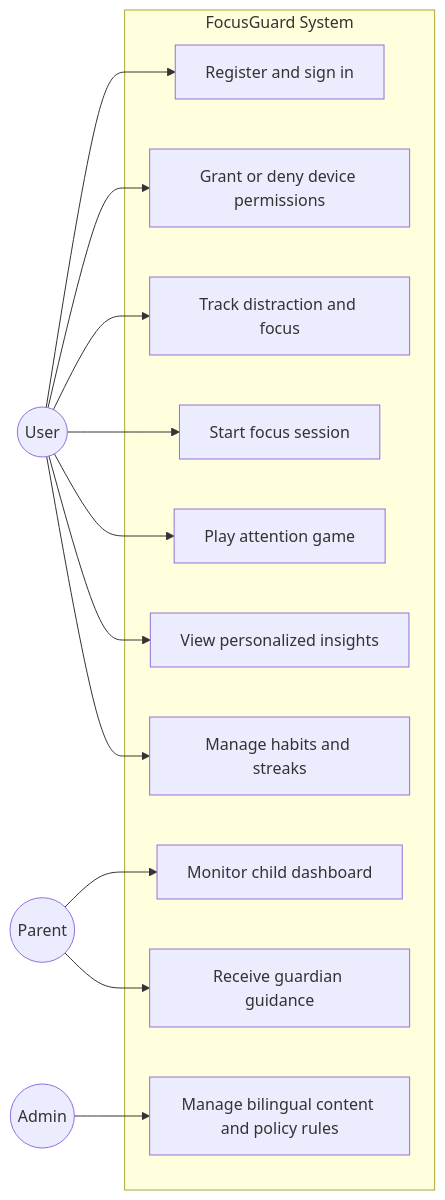
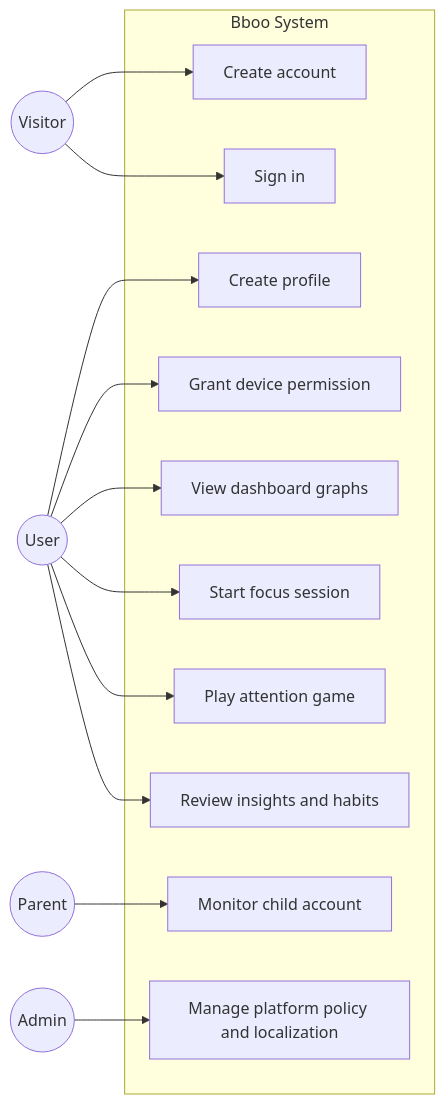
One commit to BasantSaad/brain-rot-X-BRAIN-BOOST changed the second of 7 diagrams in ARCHITECTURE_DIAGRAM.md. Above: the diagram before and after it, drawn with Mermaid. The commit also changed other lines of this file and 16 other files, not shown here.

````diff
--- a/ARCHITECTURE_DIAGRAM.md
+++ b/ARCHITECTURE_DIAGRAM.md
@@ -29,30 +26,31 @@
 ```mermaid
 flowchart LR
+    visitor(("Visitor"))
     user(("User"))
     parent(("Parent"))
     admin(("Admin"))
 
-    subgraph System["FocusGuard System"]
-        uc1["Register and sign in"]
-        uc2["Grant or deny device permissions"]
-        uc3["Track distraction and focus"]
-        uc4["Start focus session"]
-        uc5["Play attention game"]
-        uc6["View personalized insights"]
-        uc7["Manage habits and streaks"]
-        uc8["Monitor child dashboard"]
-        uc9["Receive guardian guidance"]
-        uc10["Manage bilingual content and policy rules"]
+    subgraph System["Bboo System"]
+        uc1["Create account"]
+        uc2["Sign in"]
+        uc3["Create profile"]
+        uc4["Grant device permission"]
+        uc5["View dashboard graphs"]
+        uc6["Start focus session"]
+        uc7["Play attention game"]
+        uc8["Review insights and habits"]
+        uc9["Monitor child account"]
+        uc10["Manage platform policy and localization"]
     end
 
-    user --> uc1
-    user --> uc2
+    visitor --> uc1
+    visitor --> uc2
     user --> uc3
     user --> uc4
     user --> uc5
     user --> uc6
     user --> uc7
-    parent --> uc8
+    user --> uc8
     parent --> uc9
     admin --> uc10
 ```
````
